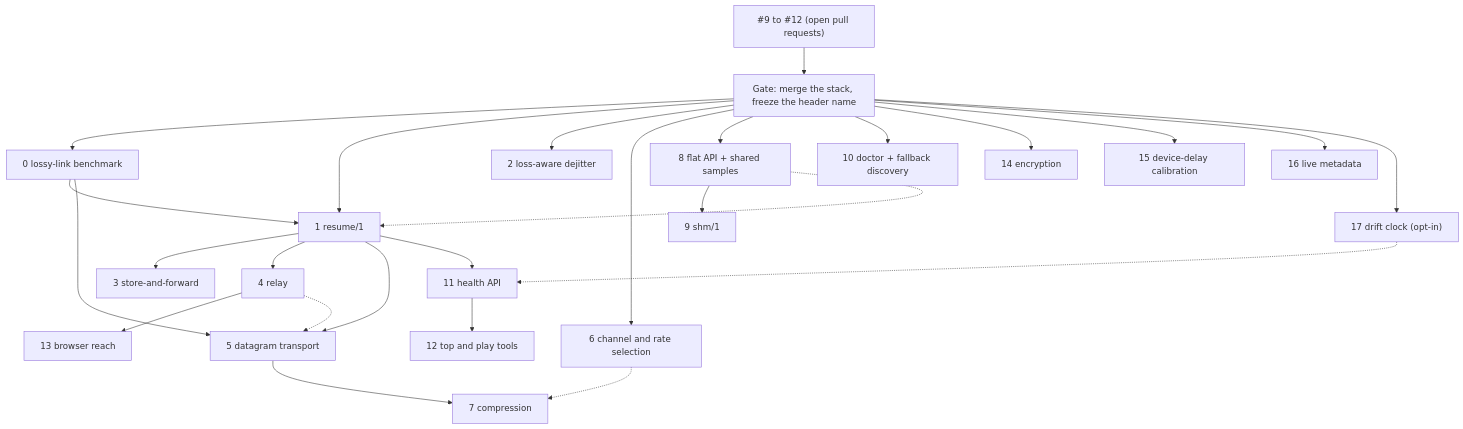
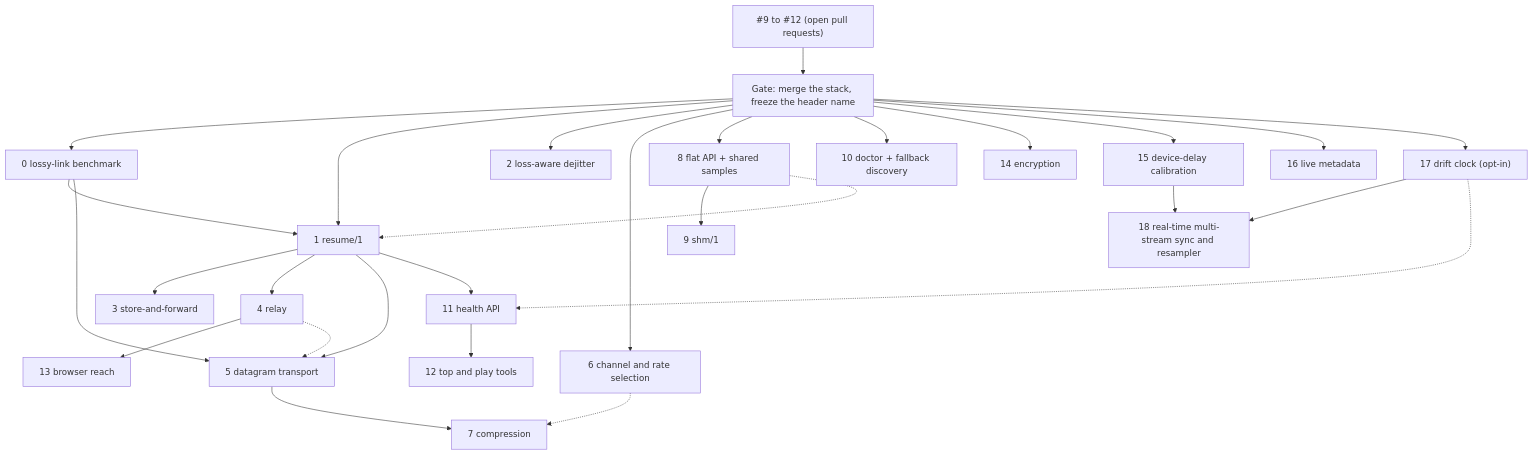
The diagram in docs/roadmap.md (rednayan/labstream), drawn with Mermaid before and after one commit. The commit also changed other lines of this file and 18 other files, not shown here.

Commit message:
Add opt-in drift clock (step 17), device-delay calibration (step 15), and step 18 roadmap entry

````diff
--- a/docs/roadmap.md
+++ b/docs/roadmap.md
@@ -59,28 +60,30 @@
 ```mermaid
 flowchart TD
   P["#9 to #12 (open pull requests)"] --> G["Gate: merge the stack, freeze the header name"]
   G --> F0["0 lossy-link benchmark"]
   G --> F1["1 resume/1"]
   F0 --> F1
   G --> F2["2 loss-aware dejitter"]
   F1 --> F3["3 store-and-forward"]
   F1 --> F4["4 relay"]
   F1 --> F5["5 datagram transport"]
   F0 --> F5
   G --> F6["6 channel and rate selection"]
   F5 --> F7["7 compression"]
   G --> F8["8 flat API + shared samples"]
   F8 --> F9["9 shm/1"]
   G --> F10["10 doctor + fallback discovery"]
   F1 --> F11["11 health API"]
   F11 --> F12["12 top and play tools"]
   F4 --> F13["13 browser reach"]
   G --> F14["14 encryption"]
   G --> F15["15 device-delay calibration"]
   G --> F16["16 live metadata"]
   G --> F17["17 drift clock (opt-in)"]
+  F15 --> F18["18 real-time multi-stream sync and resampler"]
+  F17 --> F18
   F17 -.-> F11
   F4 -.-> F5
   F8 -.-> F1
   F6 -.-> F7
 ```
````
